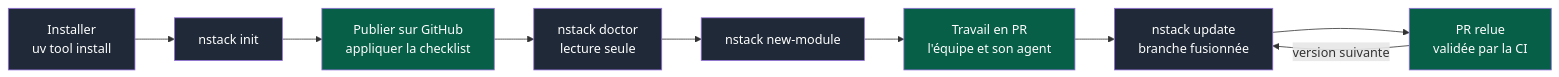
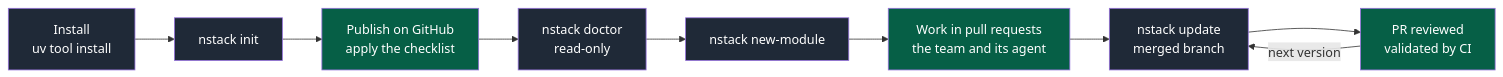
Before and after one commit to NapkinStack/engineering-os: the first of 3 diagrams in README.md, drawn with Mermaid. The commit also changed other lines of this file and 34 other files, not shown here.

````diff
--- a/README.md
+++ b/README.md
@@ -15,14 +15,14 @@
 ```mermaid
 flowchart LR
-    I["Installer<br/>uv tool install"]:::cmd --> N["nstack init"]:::cmd
-    N --> G["Publier sur GitHub<br/>appliquer la checklist"]:::humain
-    G --> D["nstack doctor<br/>lecture seule"]:::cmd
+    I["Install<br/>uv tool install"]:::cmd --> N["nstack init"]:::cmd
+    N --> G["Publish on GitHub<br/>apply the checklist"]:::human
+    G --> D["nstack doctor<br/>read-only"]:::cmd
     D --> M["nstack new-module"]:::cmd
-    M --> W["Travail en PR<br/>l'équipe et son agent"]:::humain
-    W --> U["nstack update<br/>branche fusionnée"]:::cmd
-    U --> P["PR relue<br/>validée par la CI"]:::humain
-    P -->|"version suivante"| U
+    M --> W["Work in pull requests<br/>the team and its agent"]:::human
+    W --> U["nstack update<br/>merged branch"]:::cmd
+    U --> P["PR reviewed<br/>validated by CI"]:::human
+    P -->|"next version"| U
 
     classDef cmd fill:#1f2937,color:#fff
-    classDef humain fill:#065f46,color:#fff
+    classDef human fill:#065f46,color:#fff
 ```
````
